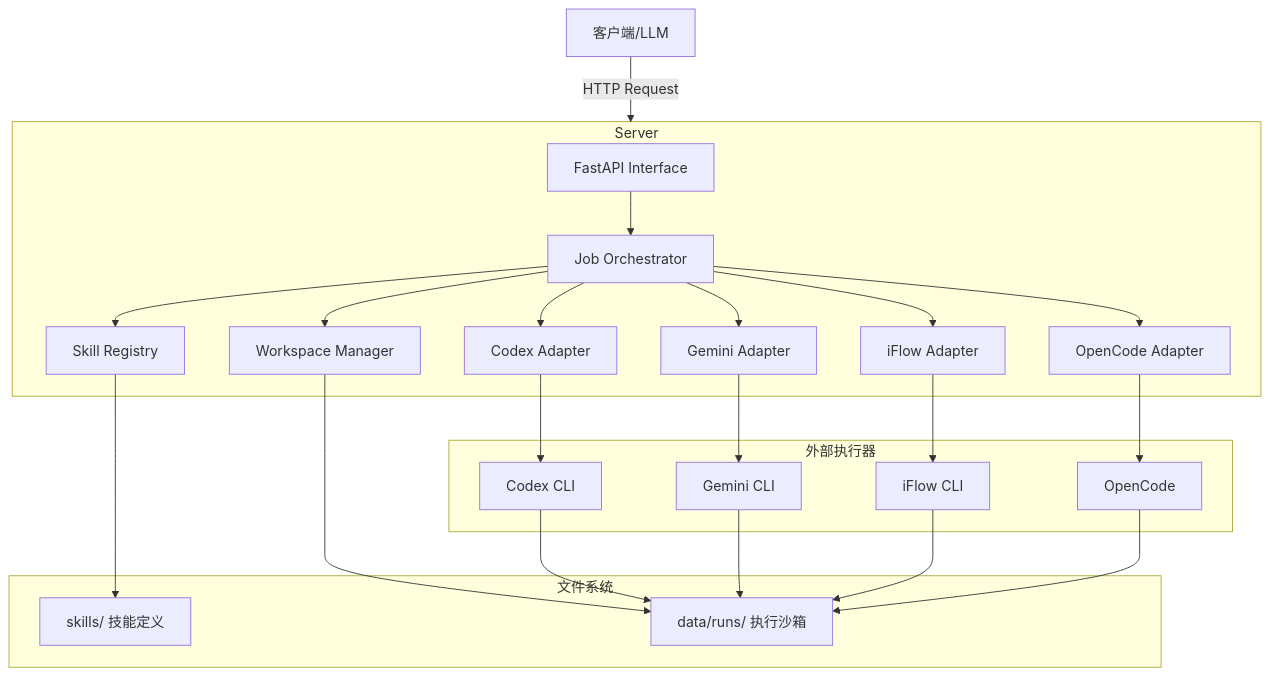
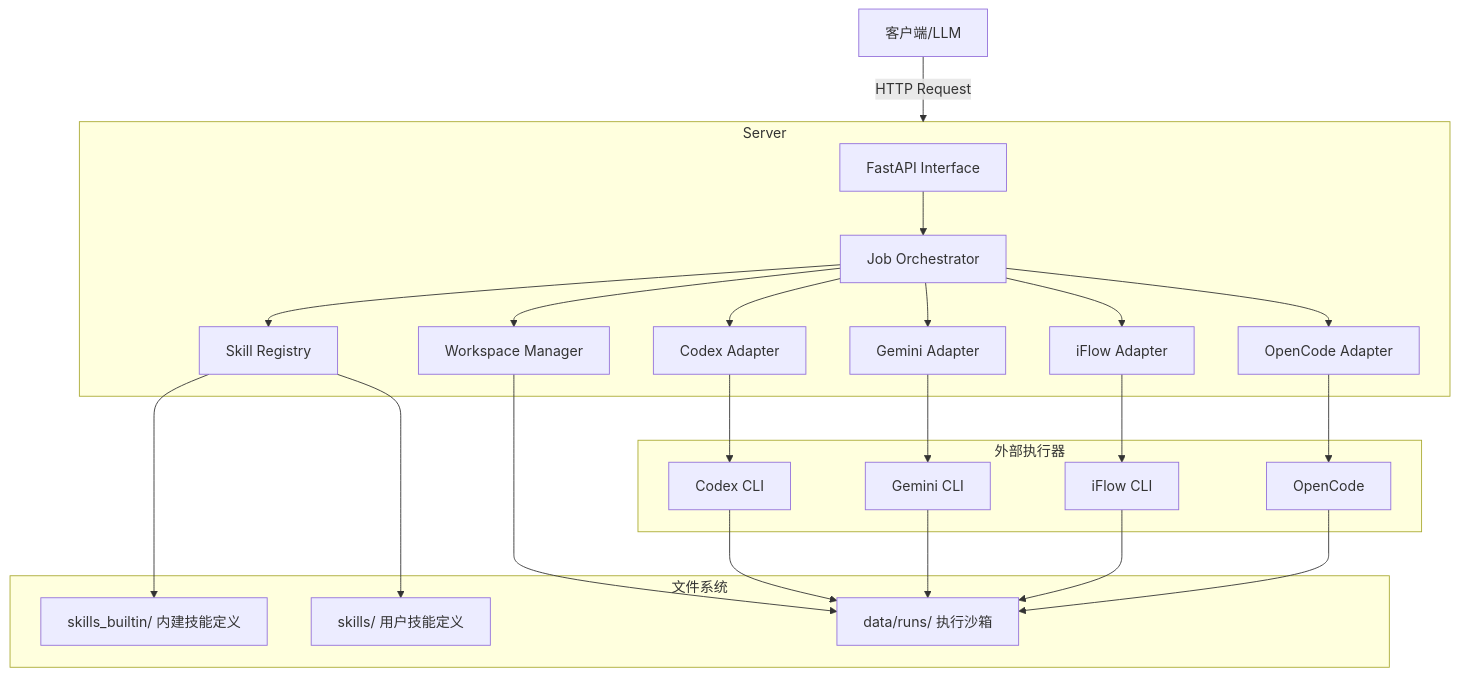
The diagram in docs/architecture_overview.md (leike0813/Skill-Runner), drawn with Mermaid before and after one commit. The commit also changed other lines of this file and 39 other files, not shown here.

````diff
--- a/docs/architecture_overview.md
+++ b/docs/architecture_overview.md
@@ -14,46 +14,48 @@
 ```mermaid
 graph TD
     Client[客户端/LLM] -->|HTTP Request| Server[Skill Runner Server]
     
     subgraph Server
         API[FastAPI Interface]
         Orchestrator[Job Orchestrator]
         Registry[Skill Registry]
         Workspace[Workspace Manager]
         CodexAdapter[Codex Adapter]
         GeminiAdapter[Gemini Adapter]
         IFlowAdapter[iFlow Adapter]
         OpenCodeAdapter[OpenCode Adapter]
     end
     
     subgraph Storage [文件系统]
-        SkillsDir[skills/ 技能定义]
+        BuiltinSkillsDir[skills_builtin/ 内建技能定义]
+        UserSkillsDir[skills/ 用户技能定义]
         RunsDir[data/runs/ 执行沙箱]
     end
     
     subgraph External [外部执行器]
         CodexCLI[Codex CLI]
         GeminiCLI[Gemini CLI]
         IFlowCLI[iFlow CLI]
         OpenCodeCLI[OpenCode]
     end
 
     API --> Orchestrator
     Orchestrator --> Registry
     Orchestrator --> Workspace
     Orchestrator --> CodexAdapter
     Orchestrator --> GeminiAdapter
     Orchestrator --> IFlowAdapter
     Orchestrator --> OpenCodeAdapter
     
-    Registry --> SkillsDir
+    Registry --> BuiltinSkillsDir
+    Registry --> UserSkillsDir
     Workspace --> RunsDir
     CodexAdapter --> CodexCLI
     GeminiAdapter --> GeminiCLI
     IFlowAdapter --> IFlowCLI
     OpenCodeAdapter --> OpenCodeCLI
     CodexCLI --> RunsDir
     GeminiCLI --> RunsDir
     IFlowCLI --> RunsDir
     OpenCodeCLI --> RunsDir
 ```
````
